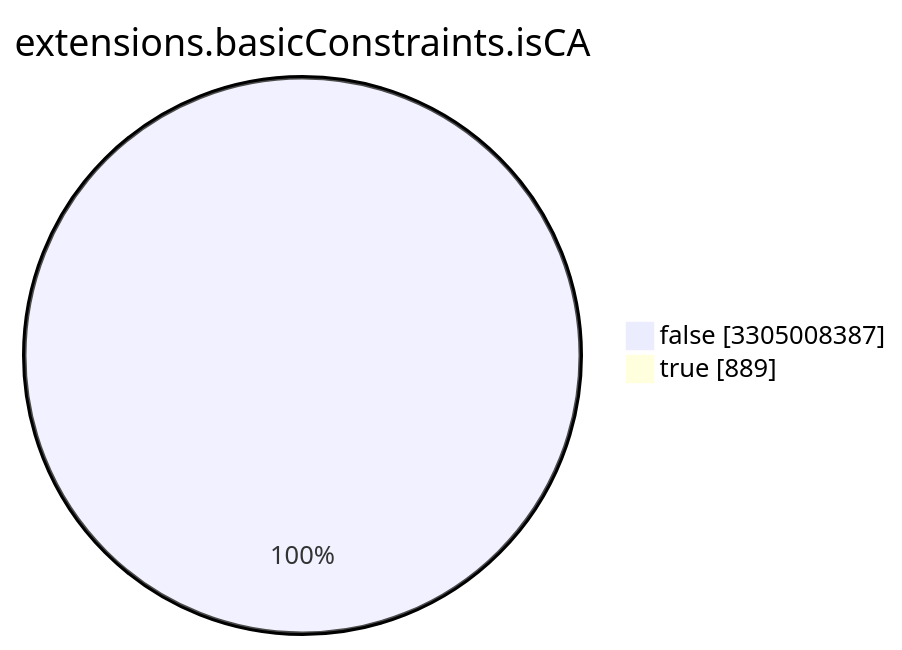
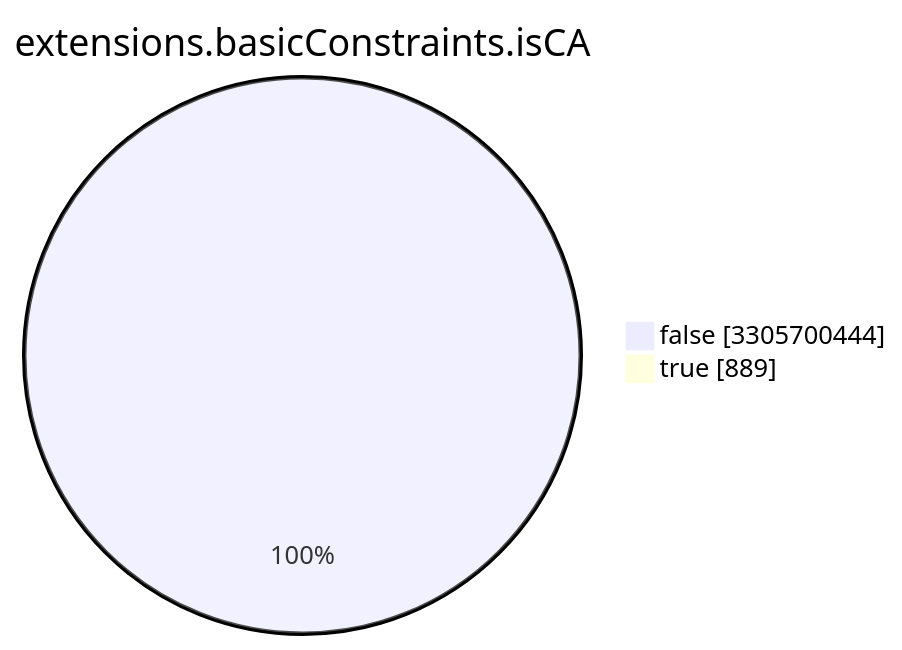
One commit to christiankrug/ctmonitor_visualization changed the seventh of 15 diagrams in TOTAL/README.md. Above: the diagram before and after it, drawn with Mermaid. The commit also changed other lines of this file, not shown here.

````diff
--- a/TOTAL/README.md
+++ b/TOTAL/README.md
@@ -3089,6 +3089,6 @@
 ```mermaid
 pie showData
 title extensions.basicConstraints.isCA
-"false" :3305008387
+"false" :3305700444
 "true" :889
 ```
````
